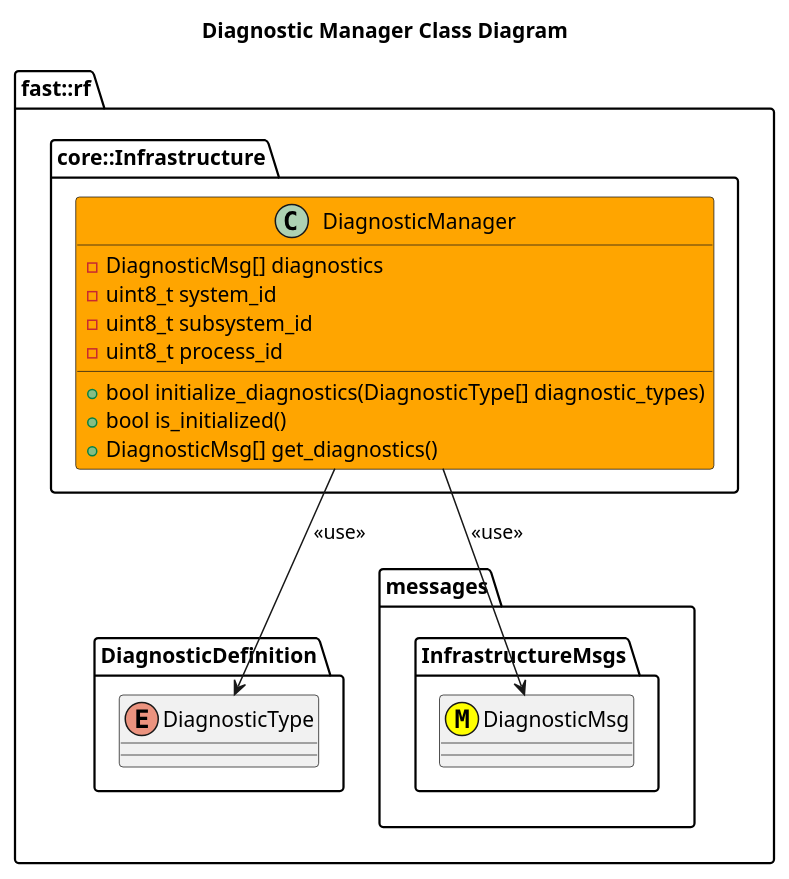
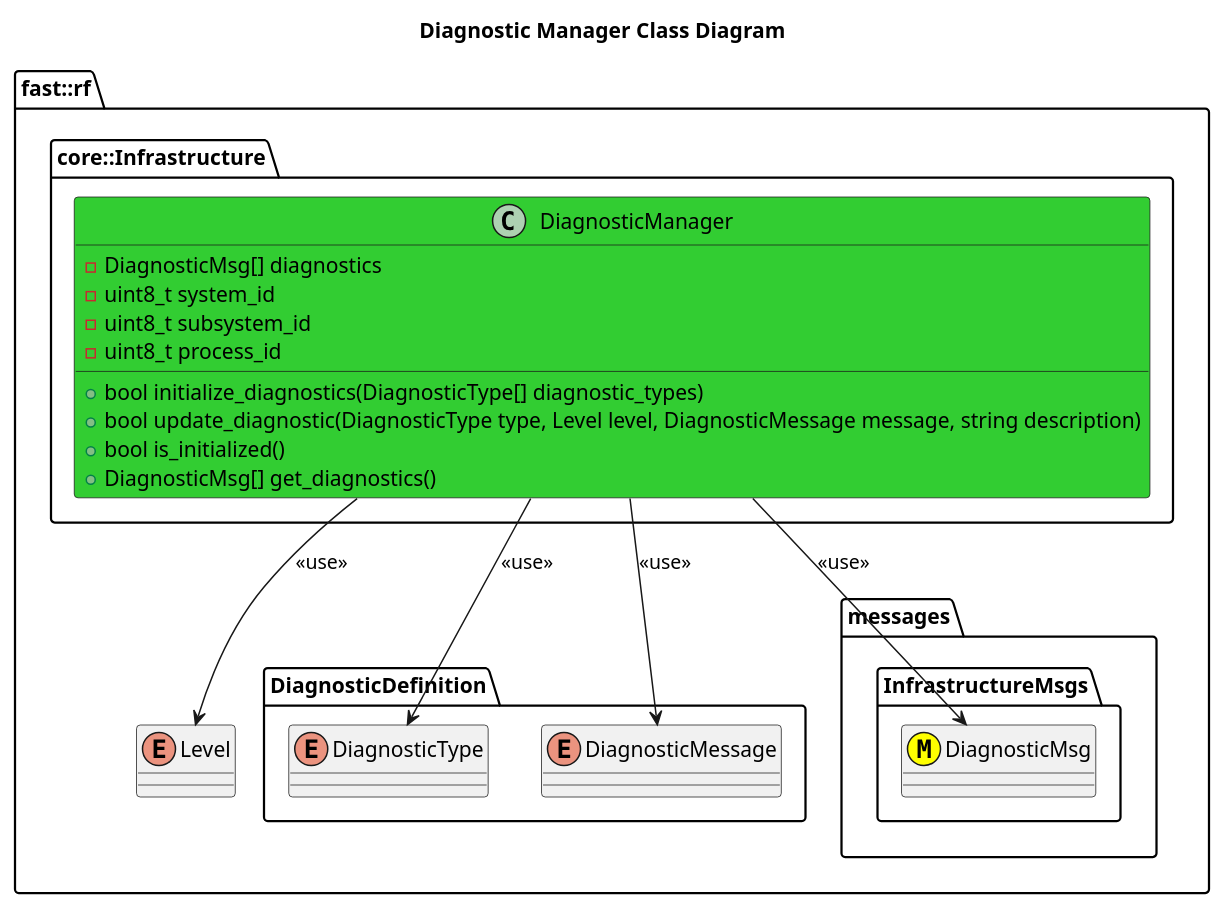
One commit to fastrobotics/robot_framework changed the diagram in include/Infrastructure/DiagnosticManager/doc/puml/DiagnosticManagerClassDiagram.puml. Above: the diagram before and after it, drawn with PlantUML. The commit also changed 20 other files, not shown here.

```diff
--- a/include/Infrastructure/DiagnosticManager/doc/puml/DiagnosticManagerClassDiagram.puml
+++ b/include/Infrastructure/DiagnosticManager/doc/puml/DiagnosticManagerClassDiagram.puml
@@ -1,26 +1,31 @@
 @startuml
 title Diagnostic Manager Class Diagram
 namespace fast::rf {
+    enum Level
     namespace DiagnosticDefinition {
         enum DiagnosticType
+        enum DiagnosticMessage
     }
     namespace messages {
         namespace InfrastructureMsgs {
             class DiagnosticMsg <<(M,#FFFF00)>>
         }
     }
     namespace core::Infrastructure {
-        class DiagnosticManager #Orange {
+        class DiagnosticManager #LimeGreen {
             +bool initialize_diagnostics(DiagnosticType[] diagnostic_types)
+            +bool update_diagnostic(DiagnosticType type, Level level, DiagnosticMessage message, string description)
             +bool is_initialized()
             +DiagnosticMsg[] get_diagnostics()
             -DiagnosticMsg[] diagnostics
             -uint8_t system_id
             -uint8_t subsystem_id
             -uint8_t process_id
         }
         DiagnosticManager --> DiagnosticMsg: <<use>>
         DiagnosticManager --> DiagnosticType: <<use>>
+        DiagnosticManager --> DiagnosticMessage: <<use>>
+        DiagnosticManager --> Level: <<use>>
     }
 }
 @enduml
```
